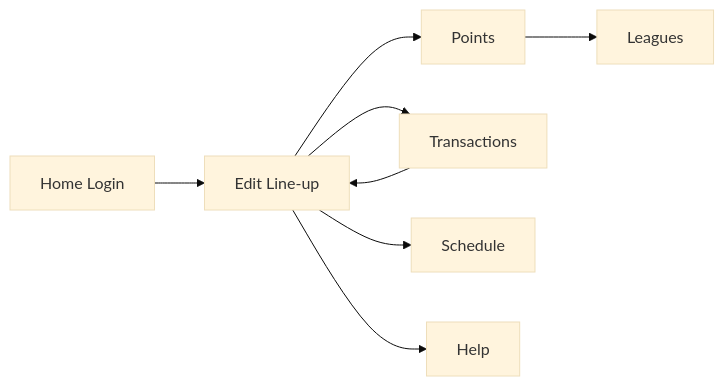
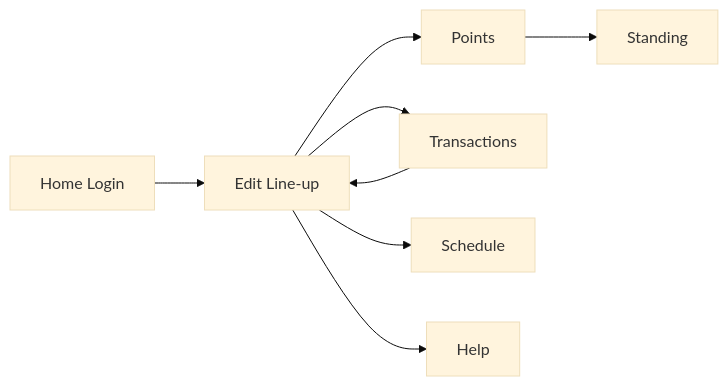
Before and after one commit to Levine-Lai/nba-playoffs-fantasy: the diagram in docs/PRD-Playoff-Fantasy.md, drawn with Mermaid (base theme). The commit also changed other lines of this file and 8 other files, not shown here.

````diff
--- a/docs/PRD-Playoff-Fantasy.md
+++ b/docs/PRD-Playoff-Fantasy.md
@@ -43,10 +43,10 @@
 ```mermaid
 flowchart LR
 A[Home Login] --> B[Edit Line-up]
 B --> C[Points]
 B --> D[Transactions]
-C --> E[Leagues]
+C --> E[Standing]
 B --> F[Schedule]
 B --> G[Help]
 D --> B
 ```
````
